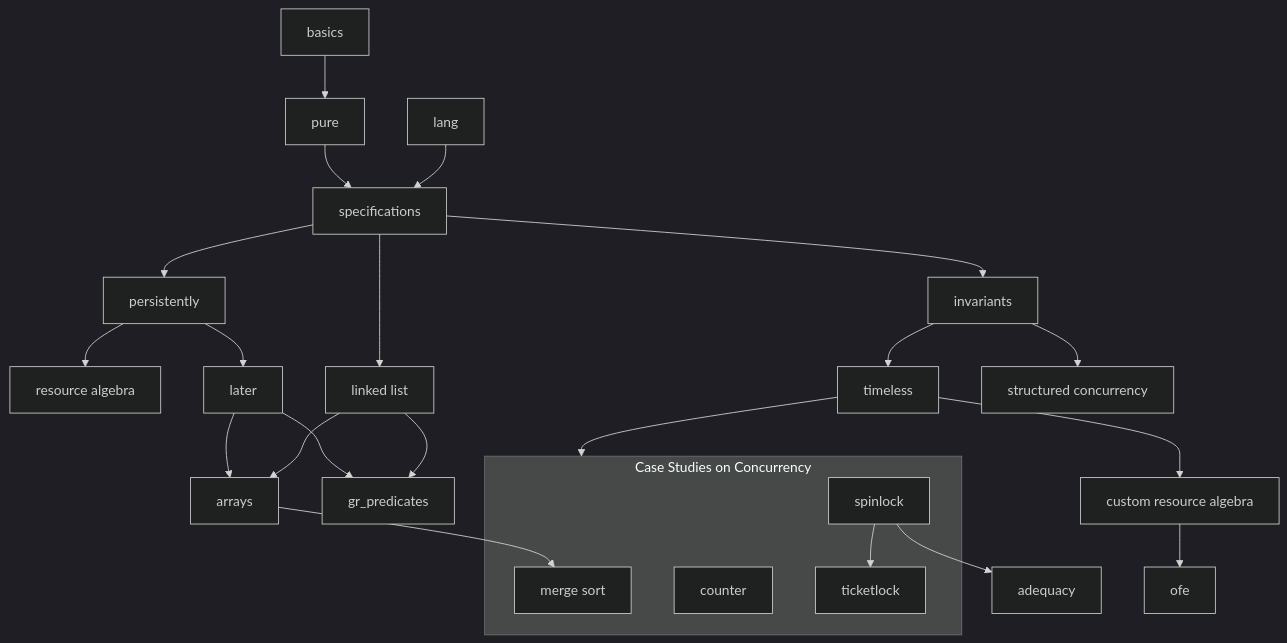
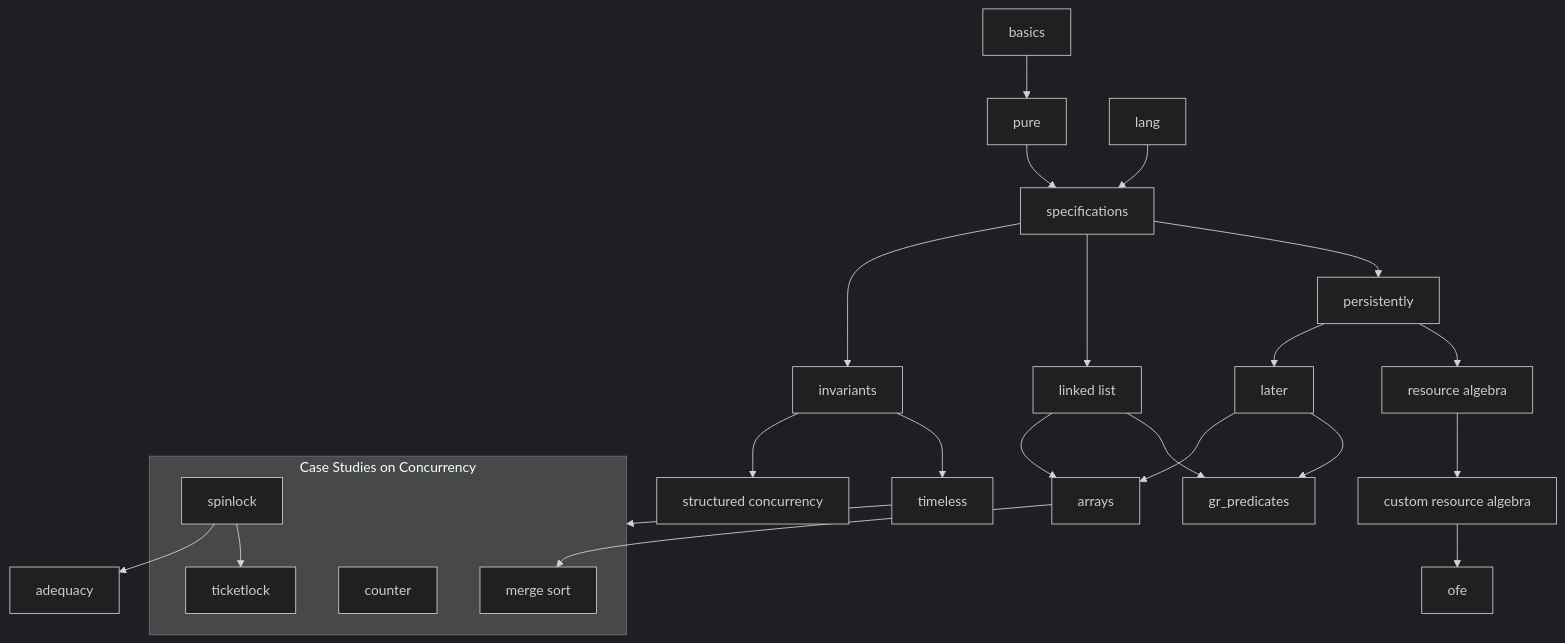
One commit to mansky1/iris-tutorial changed the diagram in README.md. Above: the diagram before and after it, drawn with Mermaid (dark theme). The commit also changed 2 other files, not shown here.

Commit message:
edit concurrency chapters

````diff
--- a/README.md
+++ b/README.md
@@ -67,37 +67,37 @@
 ```mermaid
 graph TD;
   basics --> pure;
   pure --> specs[specifications];
   lang --> specs;
   specs --> pers[persistently];
   pers -->  ra[resource algebra];
   pers --> later;
   specs --> linklist[linked list];
 
   specs --> invariants;
 
   later --> grp[gr_predicates];
   later --> arrays;
 
   linklist --> grp;
   linklist --> arrays;
 
   invariants --> timeless;
 
   arrays --> merge[merge sort];
 
-  timeless --> cst_ra[custom resource algebra];
+  ra --> cst_ra[custom resource algebra];
   invariants --> strconc[structured concurrency];
   timeless --> ccs;
 
   subgraph ccs[Case Studies on Concurrency]
   counter;
   spinlock;
   ticketlock;
   merge;
   spinlock --> ticketlock;
   end
 
   spinlock --> adequacy;
   cst_ra --> ofe;
 ```
````
